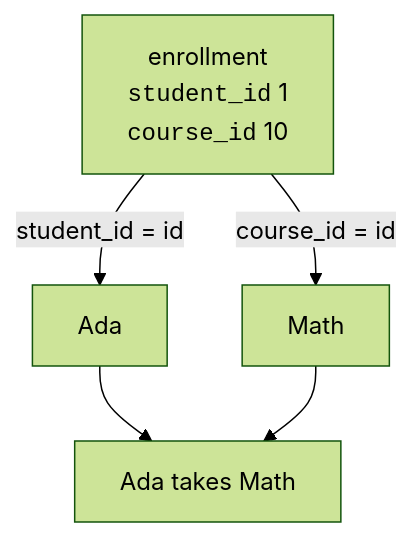
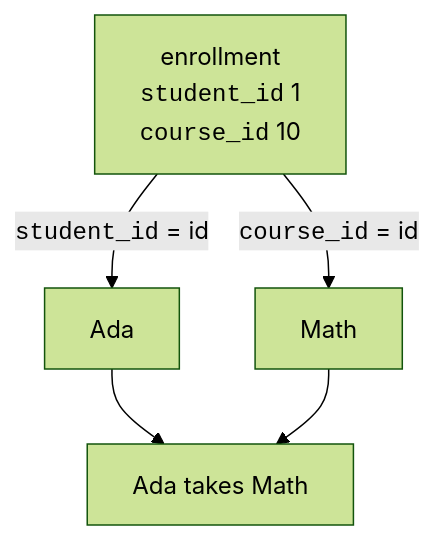
The fifth of 5 diagrams in content/learn/sqlite-for-beginners/many-to-many.mdx (dataslope/dataslope), drawn with Mermaid (forest theme) before and after one commit. The commit also changed other lines of this file and 46 other files, not shown here.

First line of the commit message:
Wrap code in mermaid edge labels + entity/table names in DB diagrams

````diff
--- a/content/learn/sqlite-for-beginners/many-to-many.mdx
+++ b/content/learn/sqlite-for-beginners/many-to-many.mdx
@@ -170,7 +170,7 @@
 ```mermaid
 flowchart TB
-    E1["enrollment<br/><code>student_id</code> 1<br/><code>course_id</code> 10"] -->|"student_id = id"| S1["Ada"]
-    E1 -->|"course_id = id"| C1["Math"]
+    E1["enrollment<br/><code>student_id</code> 1<br/><code>course_id</code> 10"] -->|"<code>student_id</code> = id"| S1["Ada"]
+    E1 -->|"<code>course_id</code> = id"| C1["Math"]
     S1 --> R["Ada takes Math"]
     C1 --> R
 ```
````
